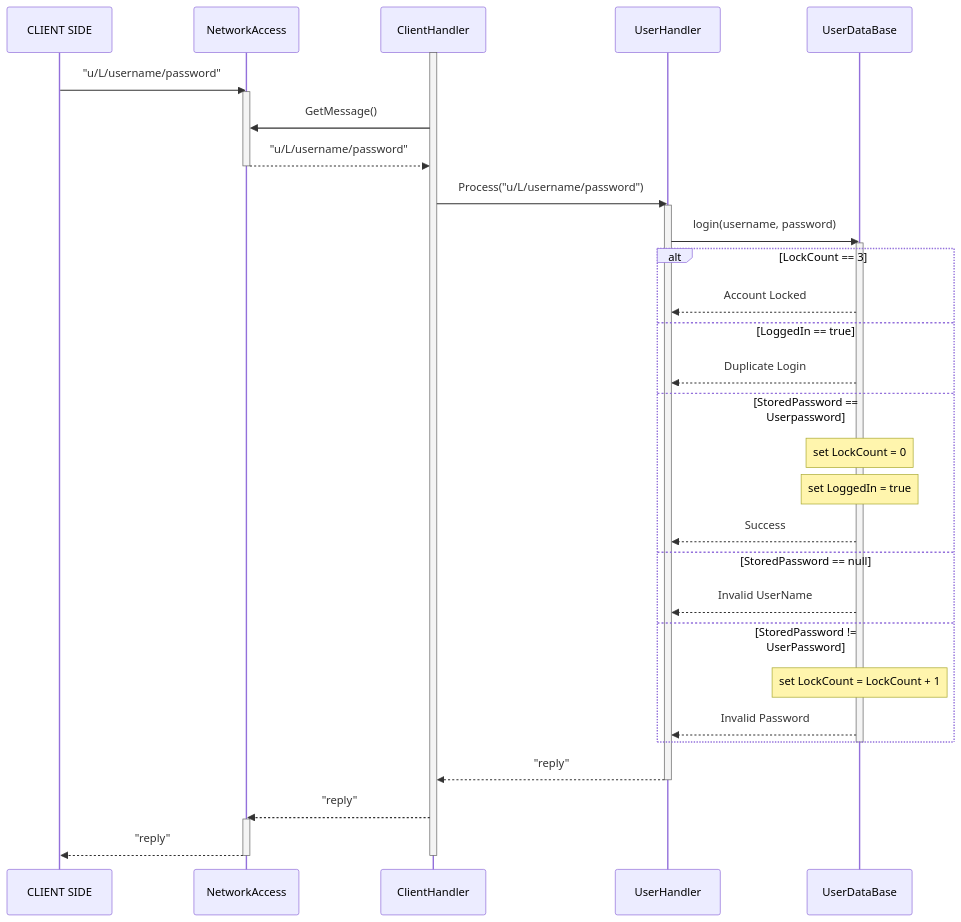
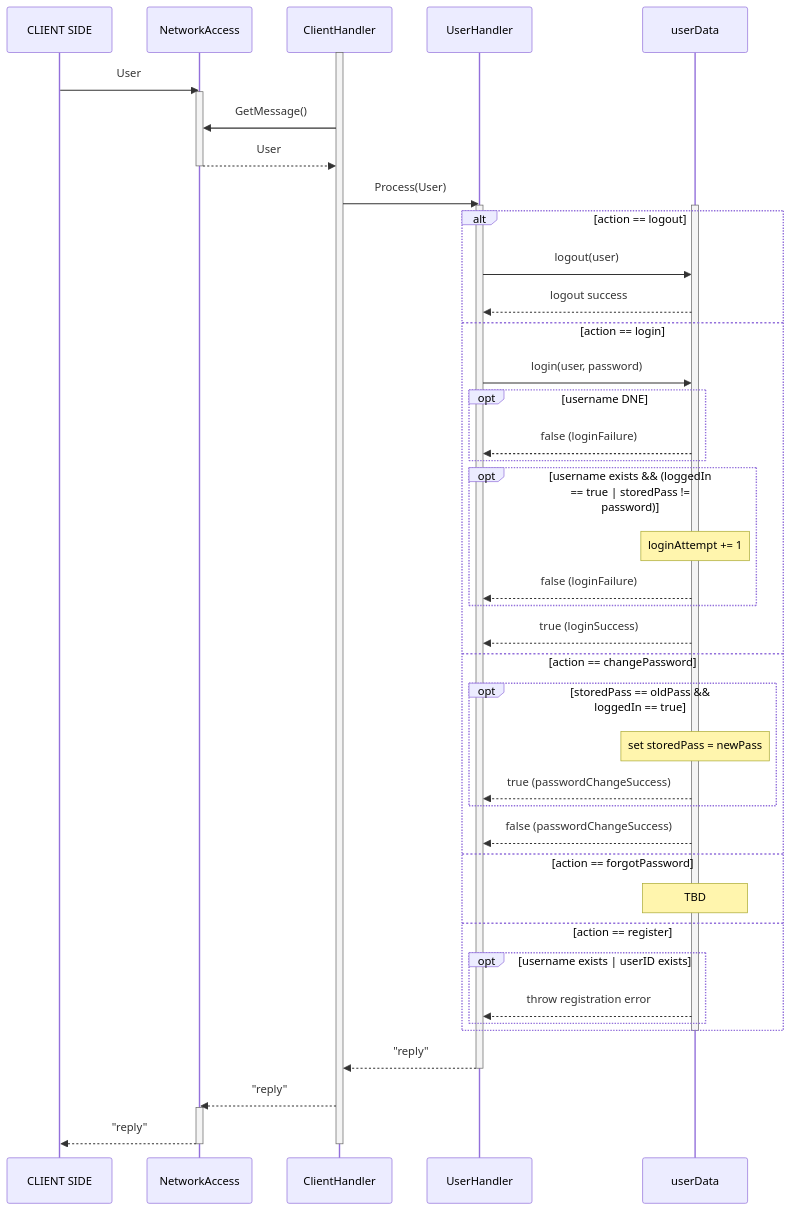
Before and after one commit to kalihale/SecureClientServerSystemFramework: the second of 10 diagrams in Documentation/SequenceDiagrams.md, drawn with Mermaid. The commit also changed other lines of this file and 2 other files, not shown here.

Commit message:
UserGUI can talk to database for all functions

````diff
--- a/Documentation/SequenceDiagrams.md
+++ b/Documentation/SequenceDiagrams.md
@@ -25,35 +25,46 @@
 ```mermaid
 sequenceDiagram
 activate ClientHandler
-CLIENT SIDE ->> NetworkAccess: "u/L/username/password"
+CLIENT SIDE ->> NetworkAccess: User
 activate NetworkAccess
 ClientHandler ->> NetworkAccess: GetMessage()
-NetworkAccess -->> ClientHandler: "u/L/username/password"
+NetworkAccess -->> ClientHandler: User
 deactivate NetworkAccess
-ClientHandler ->> UserHandler: Process("u/L/username/password")
+ClientHandler ->> UserHandler: Process(User)
 activate UserHandler
-UserHandler ->> UserDataBase: login(username, password)
-activate UserDataBase
-alt LockCount == 3
-UserDataBase -->> UserHandler: Account Locked
-else LoggedIn == true
-UserDataBase -->> UserHandler: Duplicate Login
-else StoredPassword == Userpassword
-note over UserDataBase: set LockCount = 0
-note over UserDataBase: set LoggedIn = true
-UserDataBase -->> UserHandler: Success
-else StoredPassword == null
-UserDataBase -->> UserHandler: Invalid UserName
-else StoredPassword != UserPassword
-note over UserDataBase: set LockCount = LockCount + 1
-UserDataBase -->> UserHandler: Invalid Password
+activate userData
+alt action == logout
+UserHandler ->> userData: logout(user)
+userData -->> UserHandler: logout success
+else action == login
+UserHandler ->> userData: login(user, password)
+opt username DNE
+userData -->> UserHandler: false (loginFailure)
 end
-deactivate UserDataBase
+opt username exists && (loggedIn == true | storedPass != password)
+note over userData: loginAttempt += 1
+userData -->> UserHandler: false (loginFailure) 
+end
+userData -->> UserHandler: true (loginSuccess)
+else action == changePassword
+opt storedPass == oldPass && loggedIn == true
+note over userData: set storedPass = newPass
+userData -->> UserHandler: true (passwordChangeSuccess)
+end
+userData -->> UserHandler: false (passwordChangeSuccess)
+else action == forgotPassword
+note over userData: TBD
+else action == register
+opt username exists | userID exists
+userData -->> UserHandler: throw registration error
+end
+end
+deactivate userData
 UserHandler -->> ClientHandler: "reply"
 deactivate UserHandler
 ClientHandler -->> NetworkAccess: "reply"
 activate NetworkAccess
 NetworkAccess -->> CLIENT SIDE: "reply"
 deactivate NetworkAccess
 deactivate ClientHandler
 ```
````
